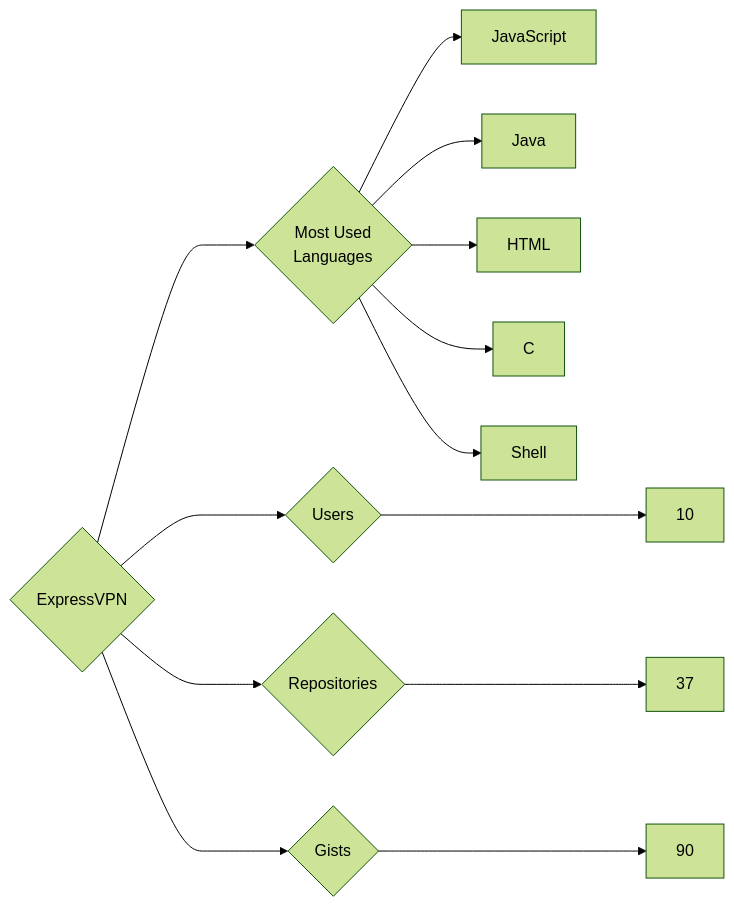
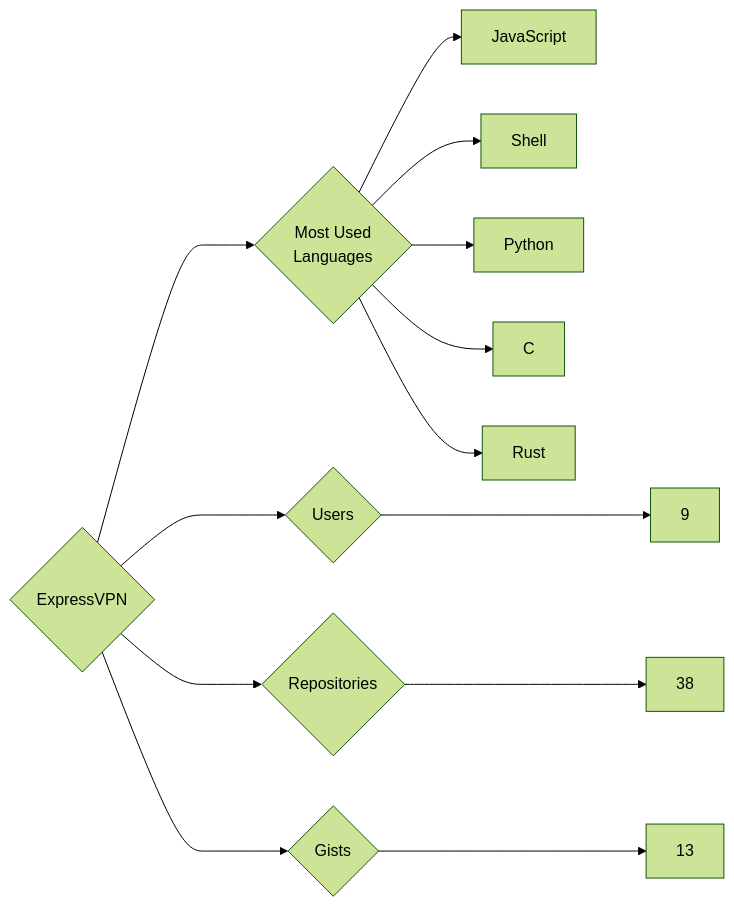
The diagram in targets/ExpressVPN/README.md (trickest/insiders), drawn with Mermaid (forest theme) before and after one commit. The commit also changed 930 other files, not shown here.

````diff
--- a/targets/ExpressVPN/README.md
+++ b/targets/ExpressVPN/README.md
@@ -3,13 +3,13 @@
 ```mermaid
 graph LR
 COMPANY_NAME{ExpressVPN}
-COMPANY_NAME ---> U{Users} ---> UN[10]
-COMPANY_NAME ---> R{Repositories} ---> RN[37]
-COMPANY_NAME ---> G{Gists} ---> GN[90]
+COMPANY_NAME ---> U{Users} ---> UN[9]
+COMPANY_NAME ---> R{Repositories} ---> RN[38]
+COMPANY_NAME ---> G{Gists} ---> GN[13]
 COMPANY_NAME ---> ML{Most Used<br>Languages}
 ML --> JavaScript[JavaScript]
-ML --> Java[Java]
-ML --> HTML[HTML]
+ML --> Shell[Shell]
+ML --> Python[Python]
 ML --> C[C]
-ML --> Shell[Shell]
+ML --> Rust[Rust]
 ```
````
